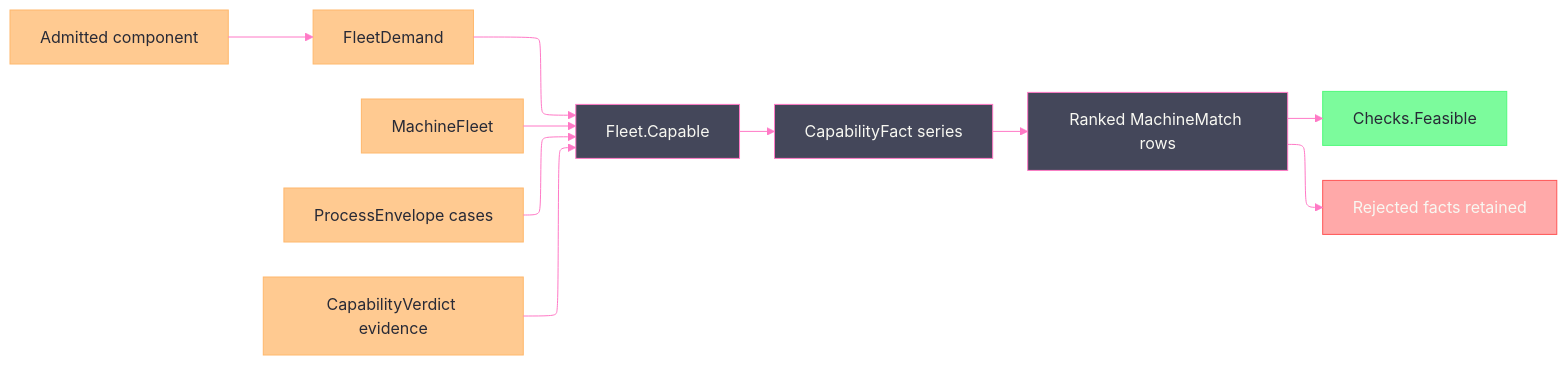
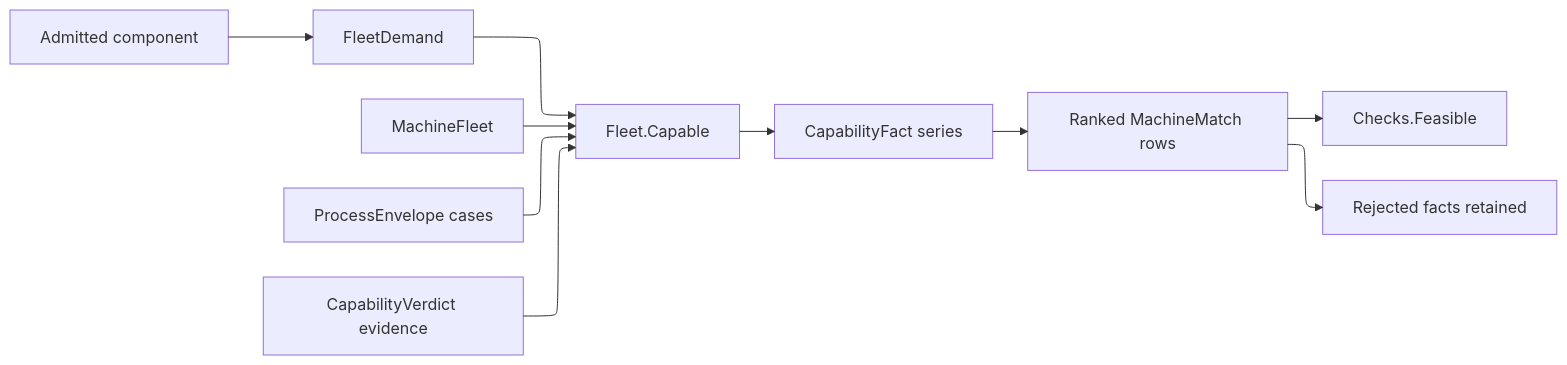
One commit to bsamiee/Rasm changed the diagram in libs/csharp/Rasm.Fabrication/.planning/Kinematics/fleet.md. Above: the diagram before and after it, drawn with Mermaid. The commit also changed other lines of this file and 293 other files, not shown here.

````diff
--- a/libs/csharp/Rasm.Fabrication/.planning/Kinematics/fleet.md
+++ b/libs/csharp/Rasm.Fabrication/.planning/Kinematics/fleet.md
@@ -1090,39 +1161,18 @@
 ```mermaid
 ---
 config:
-  theme: base
-  look: classic
   layout: elk
-  themeVariables:
-    darkMode: true
-    fontFamily: "SF Mono, Menlo, Cascadia Mono, Segoe UI Mono, Consolas, monospace"
-    useGradient: false
-    dropShadow: "none"
-    background: "#282A36"
-    primaryColor: "#44475A"
-    primaryTextColor: "#F8F8F2"
-    primaryBorderColor: "#BD93F9"
-    lineColor: "#FF79C6"
-    textColor: "#F8F8F2"
 ---
 flowchart LR
     accTitle: Fleet capability lifecycle
     accDescr: Component geometry, material, and typed demand cross admitted shop instances and station cases into retained criterion evidence, then rank feasible rows by excess capability, reliability, and energy.
     Component["Admitted component"] --> Demand["FleetDemand"]
     Registry["MachineFleet"] --> Join["Fleet.Capable"]
     Demand --> Join
     Stations["ProcessEnvelope cases"] --> Join
     History["CapabilityVerdict evidence"] --> Join
     Join --> Facts["CapabilityFact series"]
     Facts --> Matches["Ranked MachineMatch rows"]
     Matches --> Feasible["Checks.Feasible"]
     Matches --> Rejected["Rejected facts retained"]
-    classDef primary fill:#44475A,stroke:#FF79C6,color:#F8F8F2
-    classDef success fill:#50FA7BBF,stroke:#50FA7B,color:#282A36
-    classDef data fill:#FFB86CBF,stroke:#FFB86C,color:#282A36
-    classDef error fill:#FF555580,stroke:#FF5555,color:#F8F8F2
-    class Component,Registry,Stations,History,Demand data
-    class Join,Facts,Matches primary
-    class Feasible success
-    class Rejected error
 ```
````
